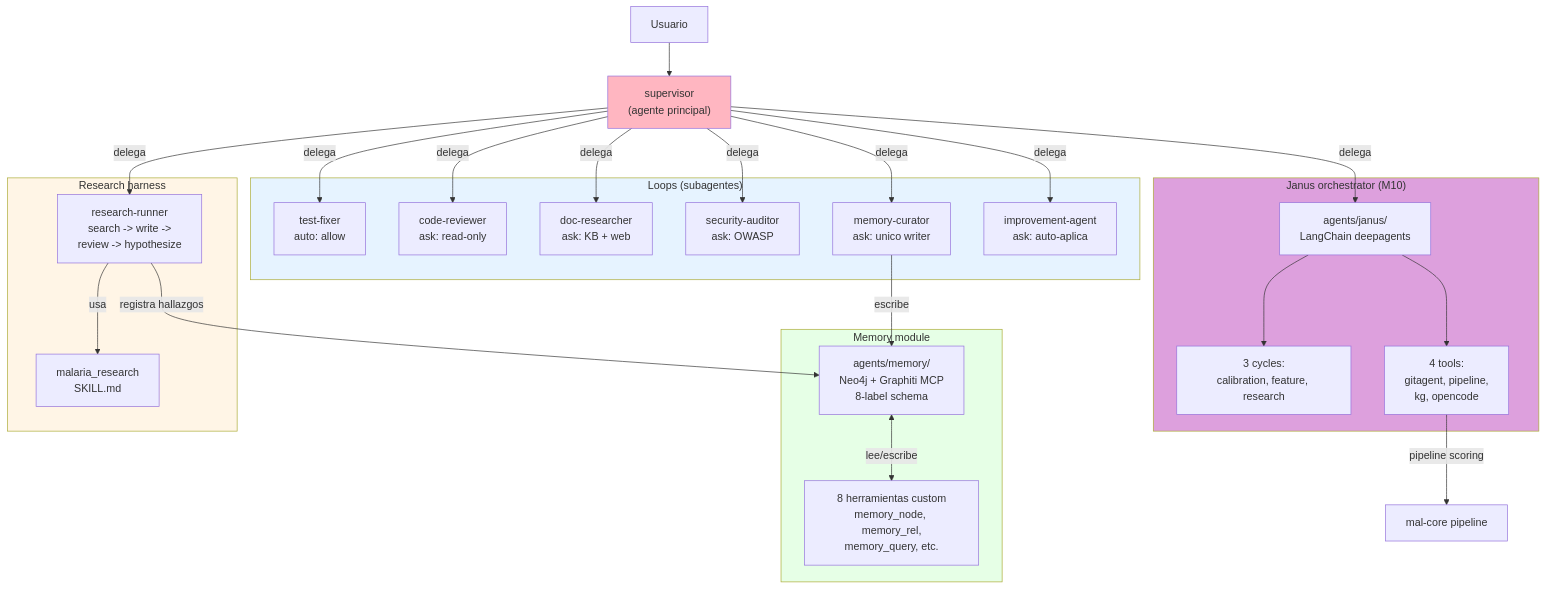
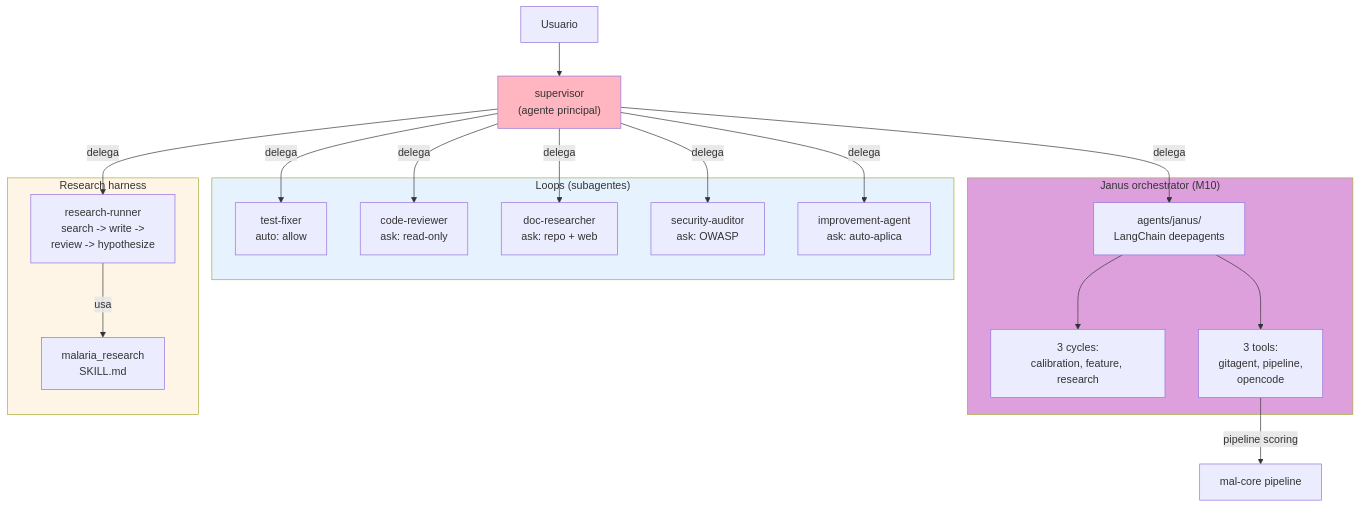
Diagram 12 of 14 in docs/system-status.md (ANFAIA/MalariaSentinel), drawn with Mermaid before and after one commit. The commit also changed other lines of this file and 37 other files, not shown here.

First line of the commit message:
docs: drop knowledge-graph references after retiring the memory module

````diff
--- a/docs/system-status.md
+++ b/docs/system-status.md
@@ -946,55 +946,44 @@
 ```mermaid
 graph TB
     USER["Usuario"]
     SUP["supervisor<br/>(agente principal)"]
 
     subgraph LOOPS["Loops (subagentes)"]
         TF["test-fixer<br/>auto: allow"]
         CR["code-reviewer<br/>ask: read-only"]
-        DR["doc-researcher<br/>ask: KB + web"]
+        DR["doc-researcher<br/>ask: repo + web"]
         SA["security-auditor<br/>ask: OWASP"]
-        MC["memory-curator<br/>ask: unico writer"]
         IA["improvement-agent<br/>ask: auto-aplica"]
     end
 
     subgraph DEEPAGENTS["Janus orchestrator (M10)"]
         DA["agents/janus/<br/>LangChain deepagents"]
         DA_CYCLES["3 cycles:<br/>calibration, feature, research"]
-        DA_TOOLS["4 tools:<br/>gitagent, pipeline,<br/>kg, opencode"]
-    end
-
-    subgraph MEMORIA["Memory module"]
-        MEM["agents/memory/<br/>Neo4j + Graphiti MCP<br/>8-label schema"]
-        TOOLS["8 herramientas custom<br/>memory_node, memory_rel,<br/>memory_query, etc."]
+        DA_TOOLS["3 tools:<br/>gitagent, pipeline,<br/>opencode"]
     end
 
     subgraph HARNESS["Research harness"]
         RH["research-runner<br/>search -> write -><br/>review -> hypothesize"]
         SK["malaria_research<br/>SKILL.md"]
     end
 
     USER --> SUP
     SUP -->|"delega"| TF
     SUP -->|"delega"| CR
     SUP -->|"delega"| DR
     SUP -->|"delega"| SA
-    SUP -->|"delega"| MC
     SUP -->|"delega"| IA
     SUP -->|"delega"| RH
     SUP -->|"delega"| DA
 
     DA --> DA_CYCLES
     DA --> DA_TOOLS
     DA_TOOLS -->|"pipeline scoring"| ABM_PIPE["mal-core pipeline"]
 
-    MC -->|"escribe"| MEM
-    MEM <-->|"lee/escribe"| TOOLS
     RH -->|"usa"| SK
-    RH -->|"registra hallazgos"| MEM
 
     style SUP fill:#FFB6C1
     style LOOPS fill:#E6F3FF
     style DEEPAGENTS fill:#DDA0DD
-    style MEMORIA fill:#E6FFE6
     style HARNESS fill:#FFF5E6
 ```
````
